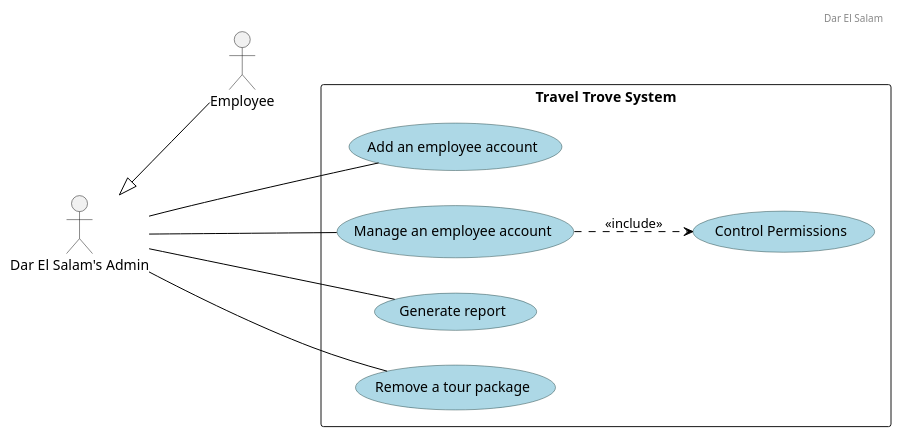
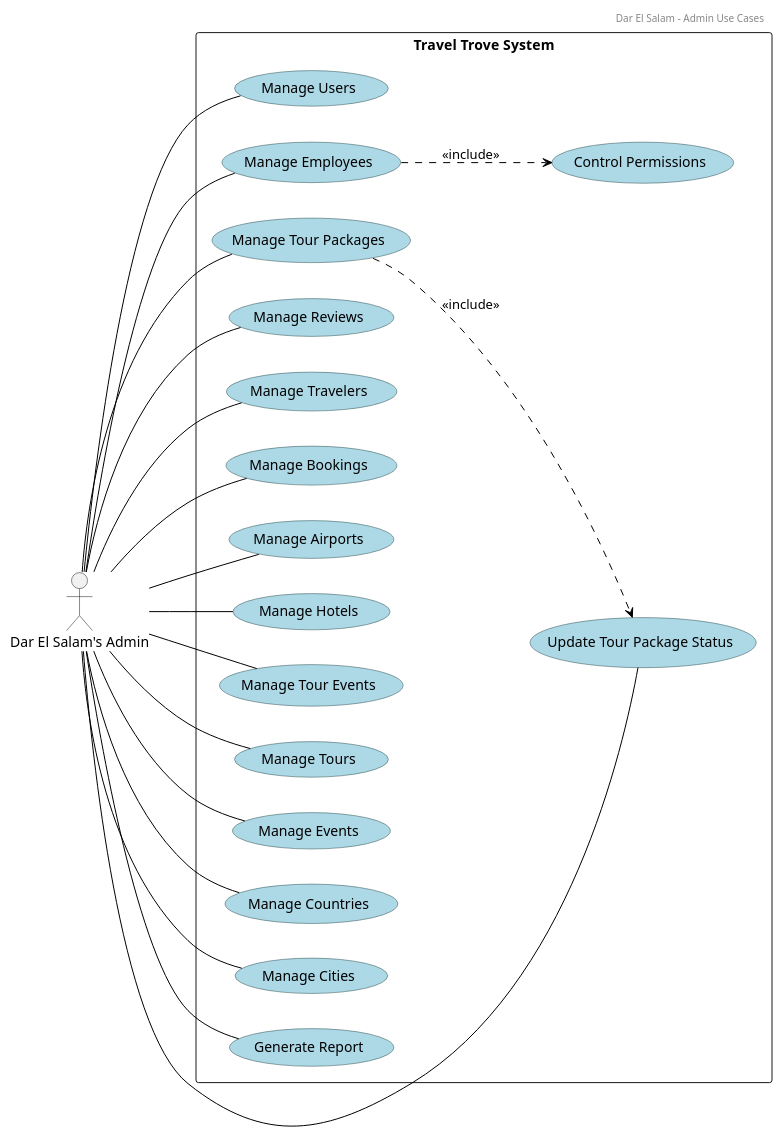
Before and after one commit to Hares-2088/TravelTrove: the diagram in diagrams/use cases/Admin.puml, drawn with PlantUML. The commit also changed 3 other files, not shown here.

Commit message:
some diagrams

```diff
--- a/diagrams/use cases/Admin.puml
+++ b/diagrams/use cases/Admin.puml
@@ -1,36 +1,95 @@
 @startuml
 scale 1
 left to right direction
 
 header
-Dar El Salam
+Dar El Salam - Admin Use Cases
 endheader
 
-' Custom skin parameters for use cases
 skinparam usecase {
     BackgroundColor lightblue
     BorderColor DarkSlateGray
     ArrowColor Black
 }
 
 actor "Dar El Salam's Admin" as Admin
 
 rectangle "Travel Trove System" {
 
-    usecase "Add an employee account"
-    usecase "Manage an employee account"
+    ' User Management
+    usecase "Manage Users"
+
+    ' Employee Management
+    usecase "Manage Employees"
     usecase "Control Permissions"
-    usecase "Generate report"
-    usecase "Remove a tour package"
+
+    ' Tour Package Management
+    usecase "Manage Tour Packages"
+    usecase "Update Tour Package Status"
+
+    ' Reviews Management
+    usecase "Manage Reviews"
+
+    ' Traveler Management
+    usecase "Manage Travelers"
+
+    ' Booking Management
+    usecase "Manage Bookings"
+
+    ' Airports Management
+    usecase "Manage Airports"
+
+    ' Hotel Management
+    usecase "Manage Hotels"
+
+    ' Tour Events Management
+    usecase "Manage Tour Events"
+
+    ' Tours Management
+    usecase "Manage Tours"
+
+    ' Events Management
+    usecase "Manage Events"
+
+    ' Locations Management
+    usecase "Manage Countries"
+    usecase "Manage Cities"
+
+    ' Report Management
+    usecase "Generate Report"
 
 }
 
-"Manage an employee account" ..> "Control Permissions" : <<include>>
-Admin <|-- Employee
-Admin --- "Add an employee account"
-Admin -- "Manage an employee account"
-Admin -- "Generate report"
-Admin -- "Remove a tour package"
+' Relationships
+Admin -- "Manage Users"
 
+Admin -- "Manage Employees"
+"Manage Employees" ..> "Control Permissions" : <<include>>
+
+Admin -- "Manage Tour Packages"
+Admin -- "Update Tour Package Status"
+"Manage Tour Packages" ..> "Update Tour Package Status" : <<include>>
+
+Admin -- "Manage Reviews"
+
+Admin -- "Manage Travelers"
+
+Admin -- "Manage Bookings"
+
+Admin -- "Manage Airports"
+
+Admin -- "Manage Hotels"
+
+Admin -- "Manage Tour Events"
+
+Admin -- "Manage Tours"
+
+Admin -- "Manage Events"
+
+Admin -- "Manage Countries"
+
+Admin -- "Manage Cities"
+
+Admin -- "Generate Report"
 
 @enduml
```
